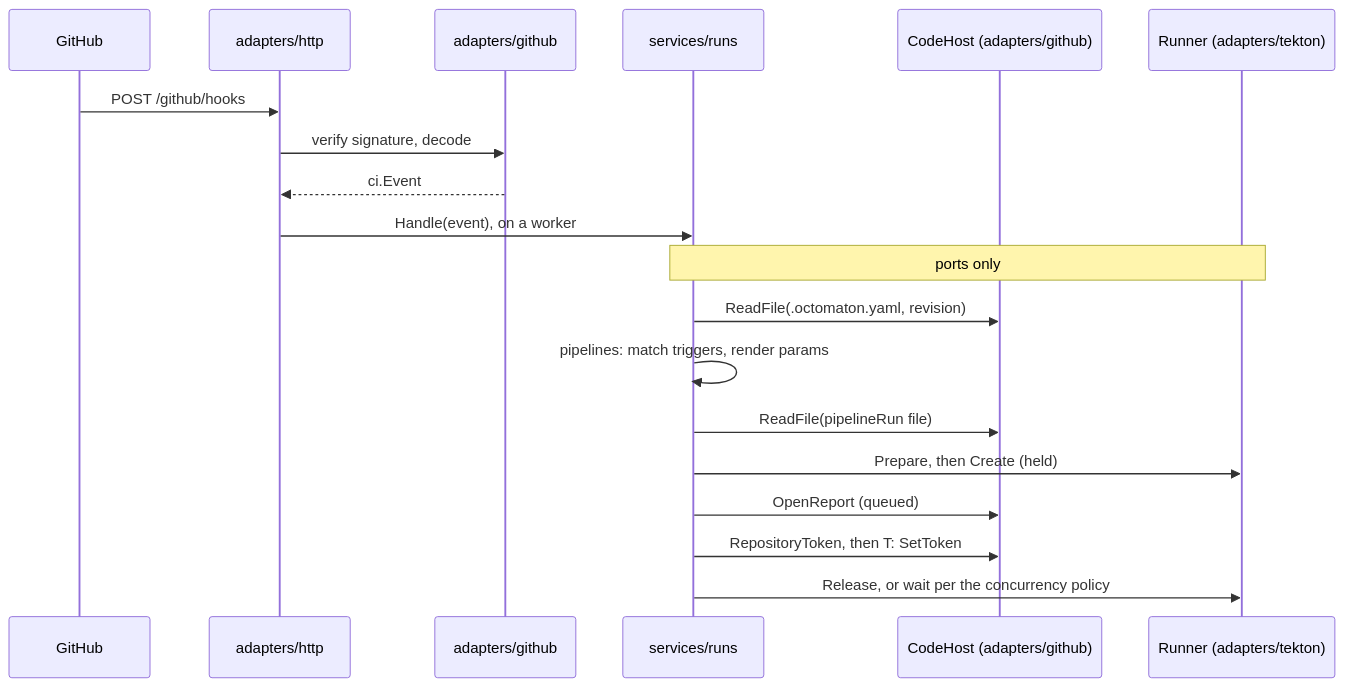
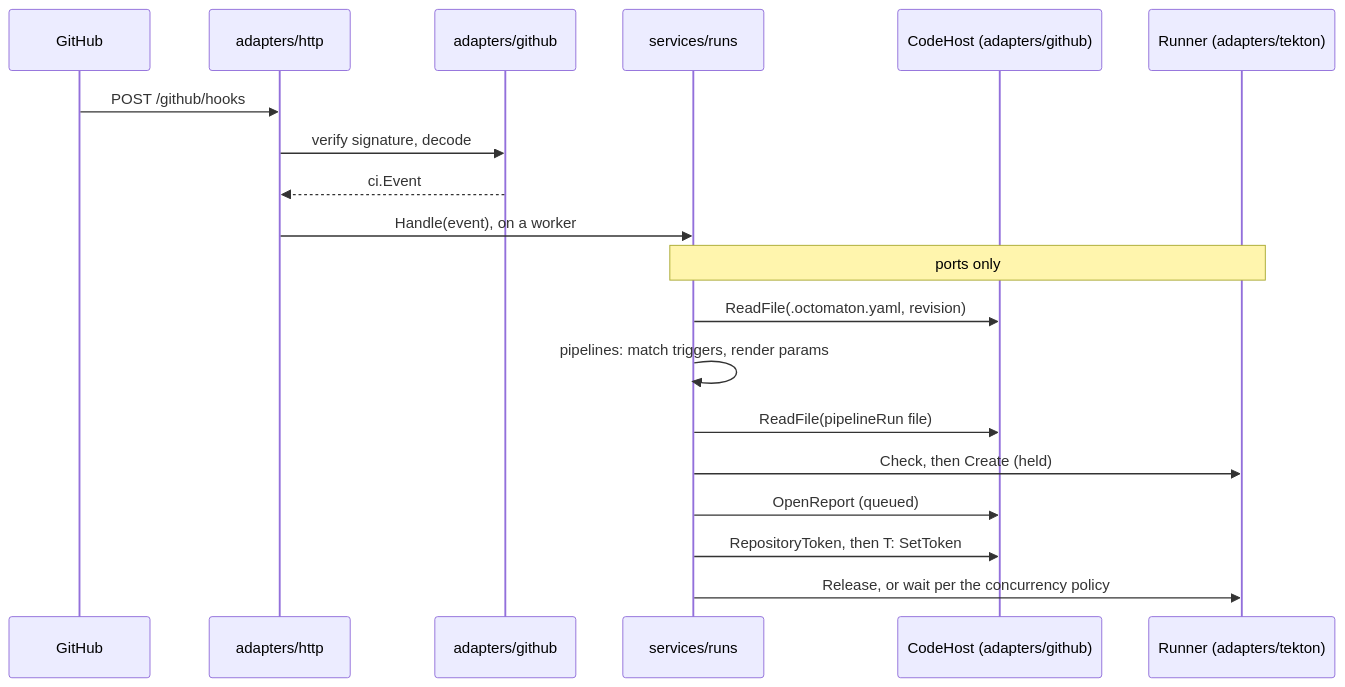
One commit to arikkfir-org/docs changed the second of 3 diagrams in hub/designs/octomaton-architecture.md. Above: the diagram before and after it, drawn with Mermaid. The commit also changed other lines of this file, not shown here.

First line of the commit message:
docs(hub): record Octomaton's architecture as built

````diff
--- a/hub/designs/octomaton-architecture.md
+++ b/hub/designs/octomaton-architecture.md
@@ -171,21 +180,21 @@
 ```mermaid
 sequenceDiagram
   participant G as GitHub
   participant H as adapters/http
   participant A as adapters/github
   participant R as services/runs
   participant C as CodeHost (adapters/github)
   participant T as Runner (adapters/tekton)
   G->>H: POST /github/hooks
   H->>A: verify signature, decode
   A-->>H: ci.Event
   H->>R: Handle(event), on a worker
   Note over R,T: ports only
   R->>C: ReadFile(.octomaton.yaml, revision)
   R->>R: pipelines: match triggers, render params
   R->>C: ReadFile(pipelineRun file)
-  R->>T: Prepare, then Create (held)
+  R->>T: Check, then Create (held)
   R->>C: OpenReport (queued)
   R->>C: RepositoryToken, then T: SetToken
   R->>T: Release, or wait per the concurrency policy
 ```
````
